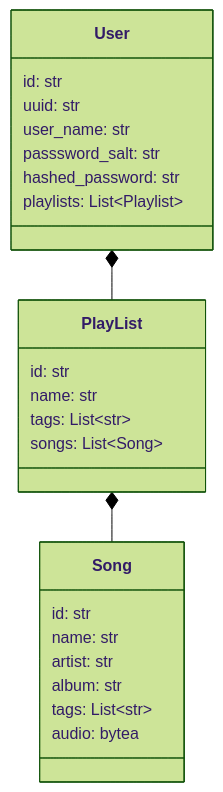
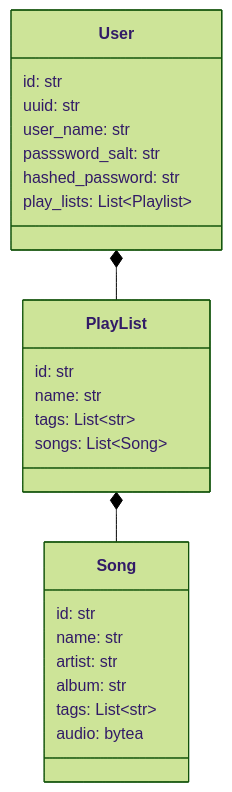
One commit to theglobehead/playlist-app-with-fastapi-react changed the diagram in README.md. Above: the diagram before and after it, drawn with Mermaid (forest theme). The commit also changed 6 other files, not shown here.

````diff
--- a/README.md
+++ b/README.md
@@ -3,30 +3,30 @@
 ```mermaid
 classDiagram
     class User{
         id: str
         uuid: str
         user_name: str
         passsword_salt: str
         hashed_password: str
-        playlists: List~Playlist~
+        play_lists: List~Playlist~
     }
 
     class PlayList{
         id: str
         name: str
         tags: List~str~
         songs: List~Song~
     }
 
     class Song{
         id: str
         name: str
         artist: str
         album: str
         tags: List~str~
         audio: bytea
     }
 
     User *-- PlayList
     PlayList *-- Song
 ```
````
